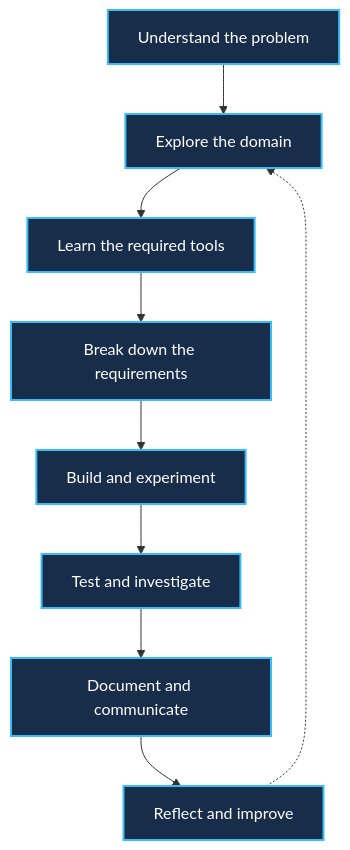
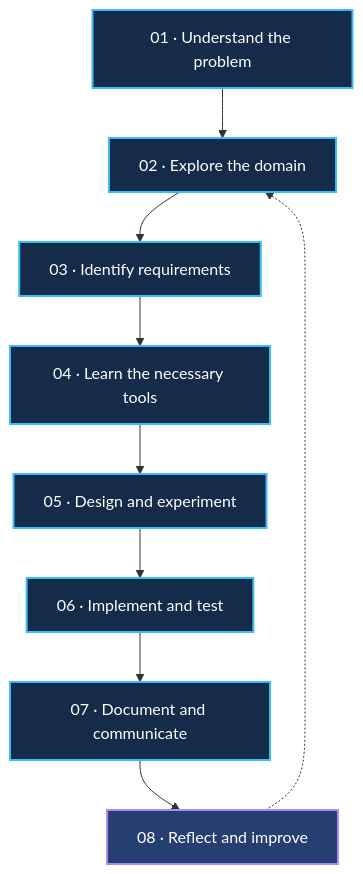
The third of 3 diagrams in README.md (Deepak392/Deepak392), drawn with Mermaid before and after one commit. The commit also changed other lines of this file, not shown here.

````diff
--- a/README.md
+++ b/README.md
@@ -399,14 +505,17 @@
 ```mermaid
 flowchart TD
-    A["Understand the problem"] --> B["Explore the domain"]
-    B --> C["Learn the required tools"]
-    C --> D["Break down the requirements"]
-    D --> E["Build and experiment"]
-    E --> F["Test and investigate"]
-    F --> G["Document and communicate"]
-    G --> H["Reflect and improve"]
+    A["01 · Understand the problem"] --> B["02 · Explore the domain"]
+    B --> C["03 · Identify requirements"]
+    C --> D["04 · Learn the necessary tools"]
+    D --> E["05 · Design and experiment"]
+    E --> F["06 · Implement and test"]
+    F --> G["07 · Document and communicate"]
+    G --> H["08 · Reflect and improve"]
     H -.-> B
 
-    classDef processNode fill:#172D4A,stroke:#38BDF8,color:#FFFFFF,stroke-width:2px
-    class A,B,C,D,E,F,G,H processNode
+    classDef processNode fill:#142B49,stroke:#38BDF8,color:#FFFFFF,stroke-width:2px
+    classDef outcomeNode fill:#263F70,stroke:#A78BFA,color:#FFFFFF,stroke-width:2px
+
+    class A,B,C,D,E,F,G processNode
+    class H outcomeNode
 ```
````
